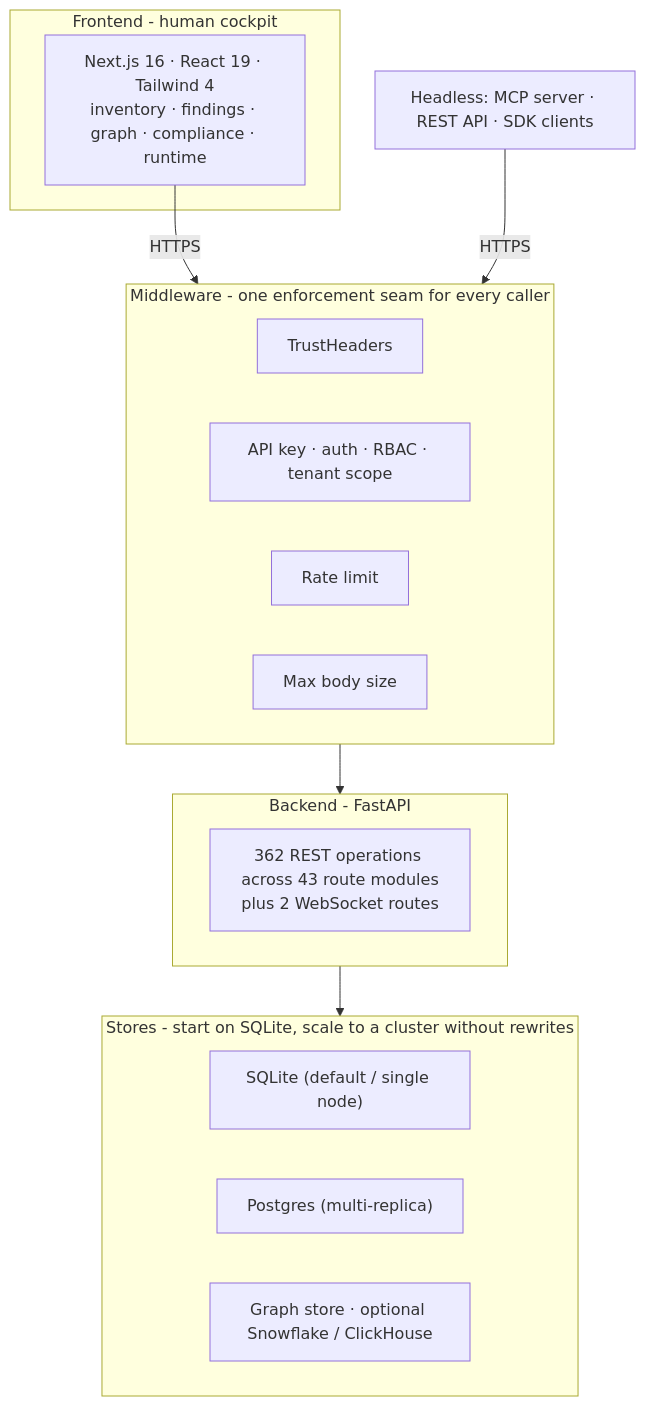
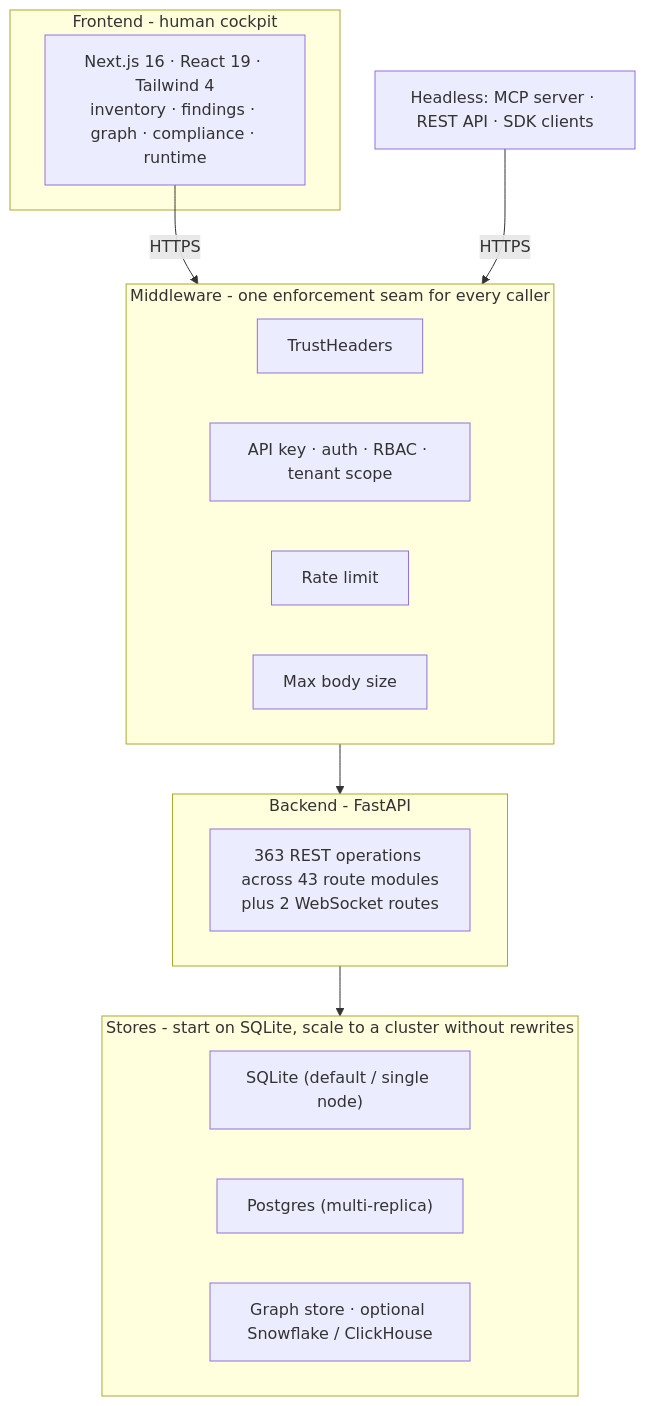
One commit to msaad00/agent-bom changed the fourth of 9 diagrams in docs/ARCHITECTURE.md. Above: the diagram before and after it, drawn with Mermaid. The commit also changed 14 other files, not shown here.

````diff
--- a/docs/ARCHITECTURE.md
+++ b/docs/ARCHITECTURE.md
@@ -146,27 +146,27 @@
 ```mermaid
 flowchart TB
     subgraph FE["Frontend - human cockpit"]
         UI["Next.js 16 · React 19 · Tailwind 4\ninventory · findings · graph · compliance · runtime"]
     end
     subgraph MW["Middleware - one enforcement seam for every caller"]
         M1["TrustHeaders"]
         M2["API key · auth · RBAC · tenant scope"]
         M3["Rate limit"]
         M4["Max body size"]
     end
     subgraph BE["Backend - FastAPI"]
-        R["362 REST operations across 43 route modules
+        R["363 REST operations across 43 route modules
 plus 2 WebSocket routes"]
     end
     subgraph ST["Stores - start on SQLite, scale to a cluster without rewrites"]
         S1["SQLite (default / single node)"]
         S2["Postgres (multi-replica)"]
         S3["Graph store · optional Snowflake / ClickHouse"]
     end
 
     EXTAGENT["Headless: MCP server · REST API · SDK clients"]
 
     UI -->|HTTPS| MW
     EXTAGENT -->|HTTPS| MW
     MW --> BE --> ST
 ```
````
